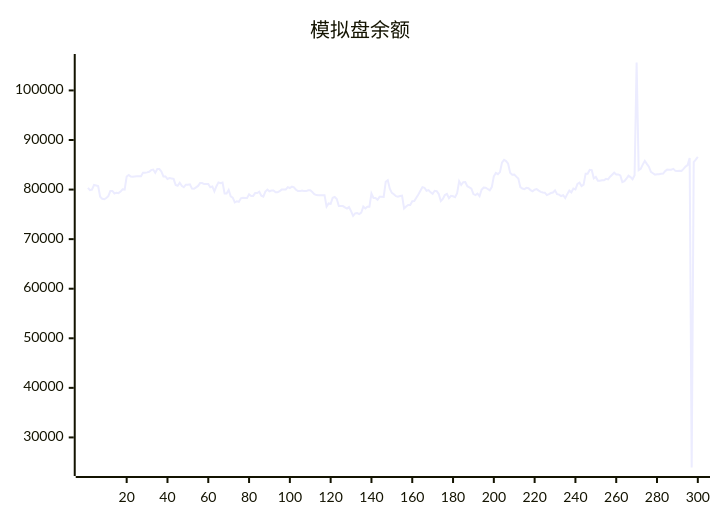
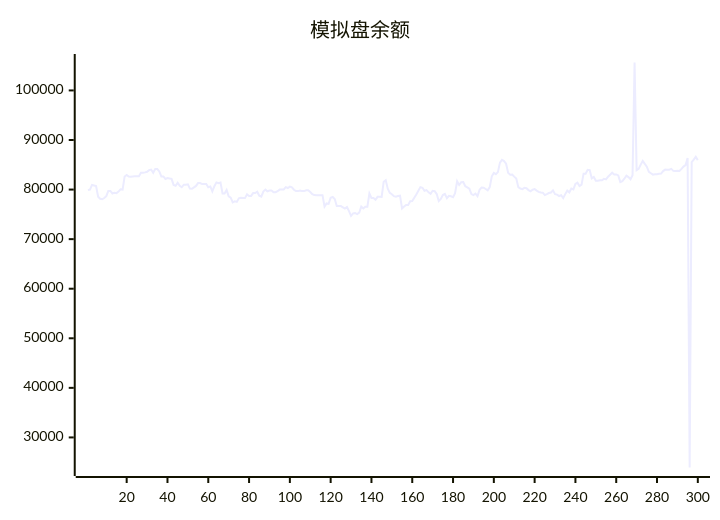
The diagram in README.md (aahl/ai-trading), drawn with Mermaid before and after one commit. The commit also changed other lines of this file and 1 other file, not shown here.

````diff
--- a/README.md
+++ b/README.md
@@ -5,5 +5,5 @@
 ```mermaid
 xychart
     title "模拟盘余额"
-    line [80336,79894,80006,80954,80837,80712,78561,78139,78037,78293,78682,79720,79720,79214,79372,79279,79591,80046,79993,82625,82950,82626,82571,82633,82670,82670,82681,83386,83378,83464,83579,83920,84037,83402,84160,84142,83652,82655,82655,82145,82315,82243,82163,80934,80770,81371,80742,80468,80989,80989,81067,80191,80155,80450,80737,81309,81309,81106,81119,81119,80471,80631,79624,80670,81448,81290,81429,79212,79222,79940,78643,78380,77432,77623,77504,78235,78358,78284,78277,79048,78714,78714,79290,79308,79567,78763,78563,79603,79988,79652,79813,79813,79476,79469,79673,79995,80015,80015,80486,80314,80600,80436,79966,79689,79689,79819,79692,79692,79850,79850,79518,79071,78889,78850,78850,78878,78878,76554,77202,77103,78357,78510,78106,76678,76677,76672,76411,76159,76485,75656,74695,75197,75246,75052,75334,76564,76179,76553,76551,79196,78300,78300,77944,78531,78531,78521,81564,81884,80160,79335,79055,78675,78580,78708,78764,76179,76586,76902,76876,77658,77669,78346,79023,79769,80497,80366,79761,79896,79448,79126,79749,79658,79097,77695,78114,78888,79126,78249,78738,78653,78478,79271,81680,80923,81488,81527,80681,80455,80190,79084,78879,79193,78686,79954,80403,80374,80118,79848,80491,82665,83351,83098,83525,85430,85983,85737,85221,83378,83014,83043,82613,82216,80477,80208,80081,80348,80277,79894,79670,79965,80093,79786,79542,79406,79371,78893,79087,79304,79406,79841,79072,78978,78696,78846,78272,79085,79787,79442,80198,80031,81120,81379,80718,80985,83214,83212,83993,83921,82270,82547,81776,81776,81866,81866,82158,82061,82596,83000,83408,83041,83050,82858,81503,81691,82188,82812,82517,82092,82901,105633,83898,84180,85030,85781,85178,84604,83569,83298,83008,83093,83107,83175,83228,83729,84025,84017,84019,84177,83775,83762,83785,83738,84160,84639,84939,86370,23934,85548,86046,86599]
+    line [79894,80006,80954,80837,80712,78561,78139,78037,78293,78682,79720,79720,79214,79372,79279,79591,80046,79993,82625,82950,82626,82571,82633,82670,82670,82681,83386,83378,83464,83579,83920,84037,83402,84160,84142,83652,82655,82655,82145,82315,82243,82163,80934,80770,81371,80742,80468,80989,80989,81067,80191,80155,80450,80737,81309,81309,81106,81119,81119,80471,80631,79624,80670,81448,81290,81429,79212,79222,79940,78643,78380,77432,77623,77504,78235,78358,78284,78277,79048,78714,78714,79290,79308,79567,78763,78563,79603,79988,79652,79813,79813,79476,79469,79673,79995,80015,80015,80486,80314,80600,80436,79966,79689,79689,79819,79692,79692,79850,79850,79518,79071,78889,78850,78850,78878,78878,76554,77202,77103,78357,78510,78106,76678,76677,76672,76411,76159,76485,75656,74695,75197,75246,75052,75334,76564,76179,76553,76551,79196,78300,78300,77944,78531,78531,78521,81564,81884,80160,79335,79055,78675,78580,78708,78764,76179,76586,76902,76876,77658,77669,78346,79023,79769,80497,80366,79761,79896,79448,79126,79749,79658,79097,77695,78114,78888,79126,78249,78738,78653,78478,79271,81680,80923,81488,81527,80681,80455,80190,79084,78879,79193,78686,79954,80403,80374,80118,79848,80491,82665,83351,83098,83525,85430,85983,85737,85221,83378,83014,83043,82613,82216,80477,80208,80081,80348,80277,79894,79670,79965,80093,79786,79542,79406,79371,78893,79087,79304,79406,79841,79072,78978,78696,78846,78272,79085,79787,79442,80198,80031,81120,81379,80718,80985,83214,83212,83993,83921,82270,82547,81776,81776,81866,81866,82158,82061,82596,83000,83408,83041,83050,82858,81503,81691,82188,82812,82517,82092,82901,105633,83898,84180,85030,85781,85178,84604,83569,83298,83008,83093,83107,83175,83228,83729,84025,84017,84019,84177,83775,83762,83785,83738,84160,84639,84939,86370,23934,85548,86046,86599,85942]
 ```
````
